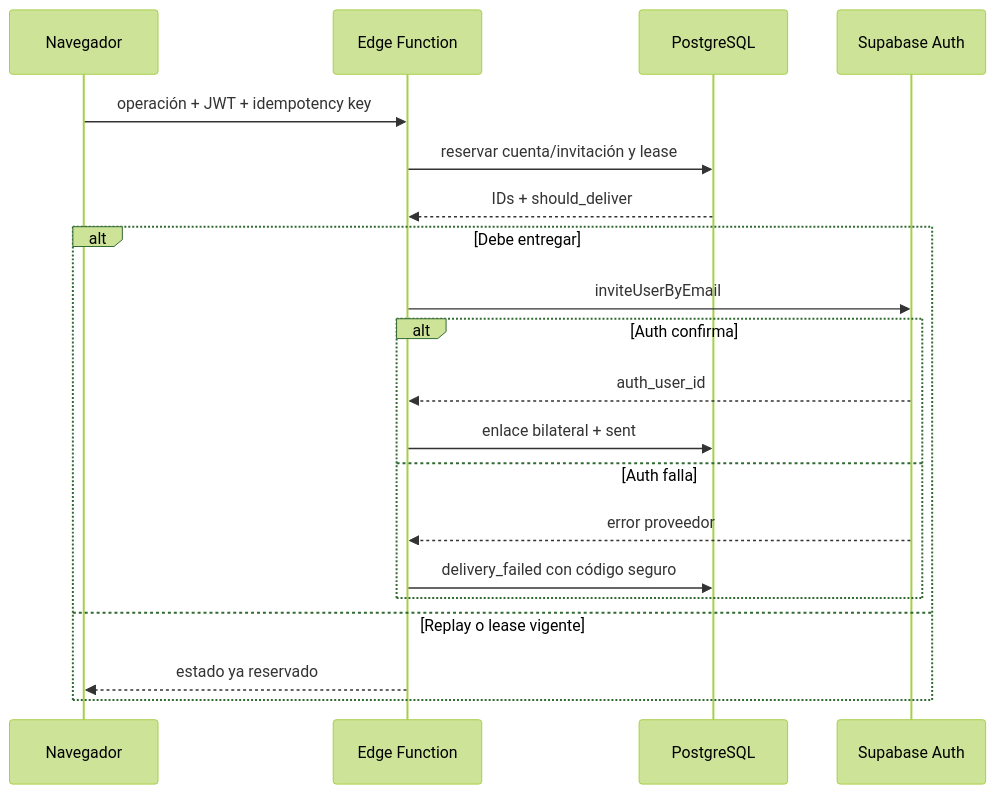
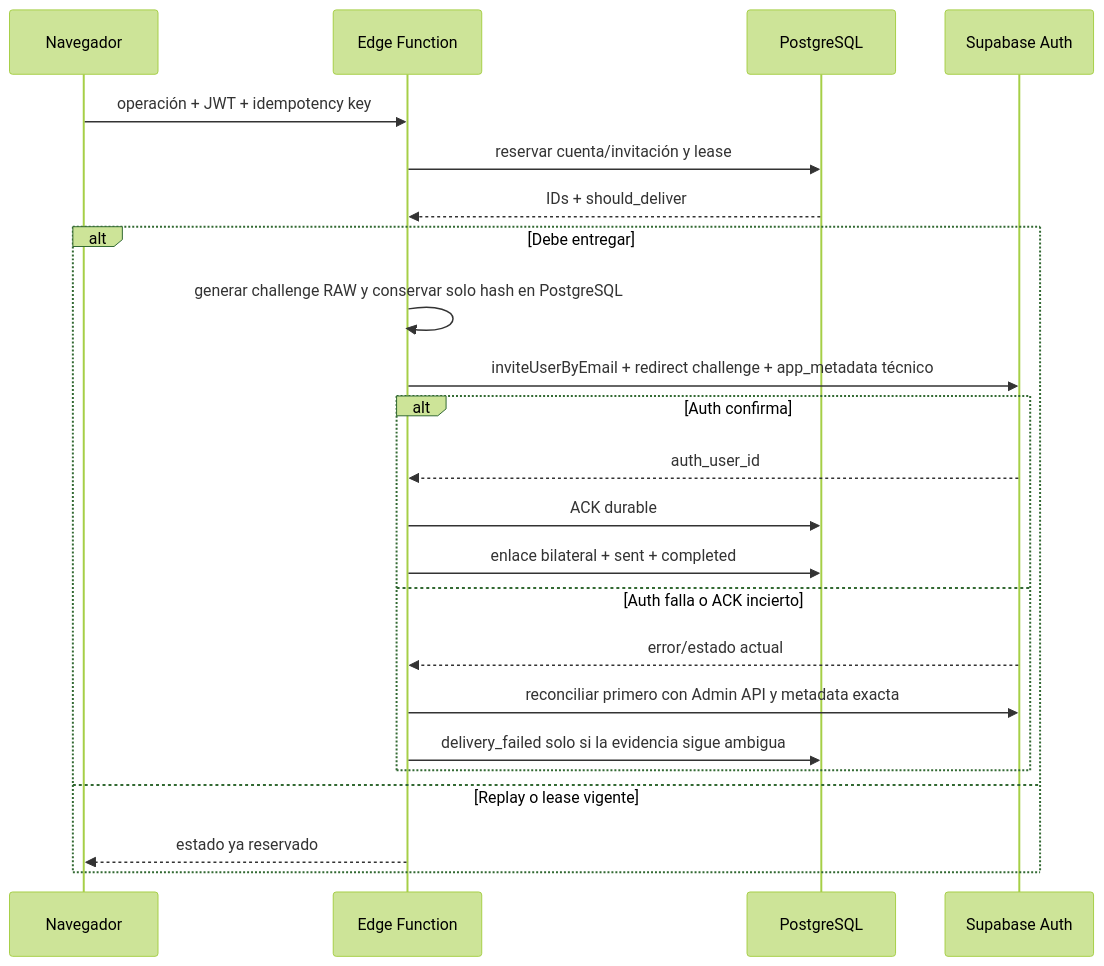
The sixth of 10 diagrams in docs/architecture/runtime-view.md (grovergonzalez8/Sistema-Voluntariado), drawn with Mermaid (forest theme) before and after one commit. The commit also changed other lines of this file and 62 other files, not shown here.

First line of the commit message:
Fix/invitation flow hardening (#7)

````diff
--- a/docs/architecture/runtime-view.md
+++ b/docs/architecture/runtime-view.md
@@ -92,22 +92,25 @@
 ```mermaid
 sequenceDiagram
   participant UI as Navegador
   participant EF as Edge Function
   participant DB as PostgreSQL
   participant AU as Supabase Auth
   UI->>EF: operación + JWT + idempotency key
   EF->>DB: reservar cuenta/invitación y lease
   DB-->>EF: IDs + should_deliver
   alt Debe entregar
-    EF->>AU: inviteUserByEmail
+    EF->>EF: generar challenge RAW y conservar solo hash en PostgreSQL
+    EF->>AU: inviteUserByEmail + redirect challenge + app_metadata técnico
     alt Auth confirma
       AU-->>EF: auth_user_id
-      EF->>DB: enlace bilateral + sent
-    else Auth falla
-      AU-->>EF: error proveedor
-      EF->>DB: delivery_failed con código seguro
+      EF->>DB: ACK durable
+      EF->>DB: enlace bilateral + sent + completed
+    else Auth falla o ACK incierto
+      AU-->>EF: error/estado actual
+      EF->>AU: reconciliar primero con Admin API y metadata exacta
+      EF->>DB: delivery_failed solo si la evidencia sigue ambigua
     end
   else Replay o lease vigente
     EF-->>UI: estado ya reservado
   end
 ```
````
